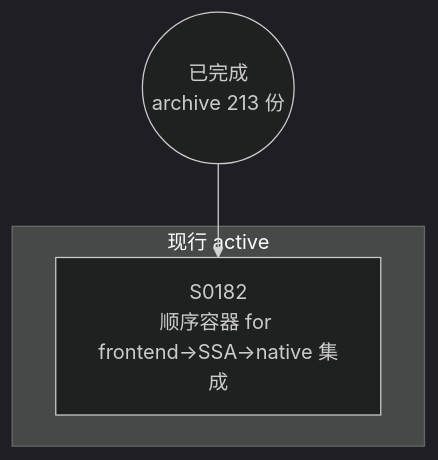
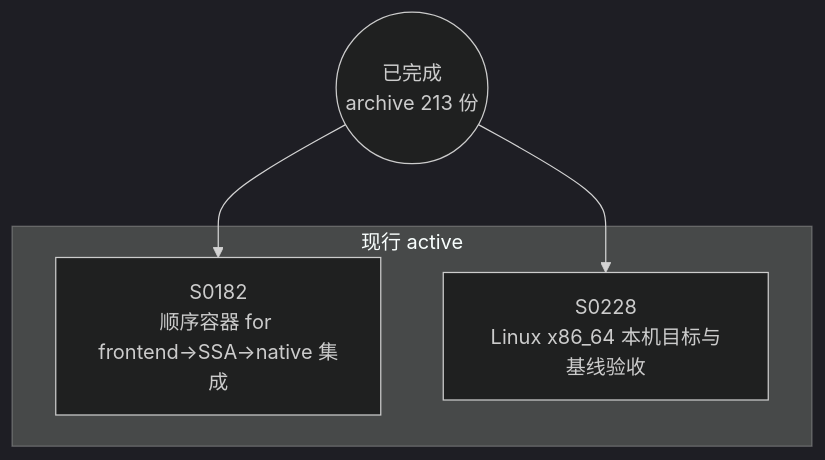
Before and after one commit to Halckon/Koven: the diagram in docs/specs/dependency-graph.md, drawn with Mermaid (dark theme). The commit also changed other lines of this file and 38 other files, not shown here.

````diff
--- a/docs/specs/dependency-graph.md
+++ b/docs/specs/dependency-graph.md
@@ -9,8 +9,10 @@
 ```mermaid
 flowchart TD
 ARCH(("已完成<br/>archive 213 份"))
 subgraph Gactive["现行 active"]
   S0182["S0182<br/>顺序容器 for frontend→SSA→native 集成"]
+  S0228["S0228<br/>Linux x86_64 本机目标与基线验收"]
 end
 ARCH --> S0182
+ARCH --> S0228
 ```
````
